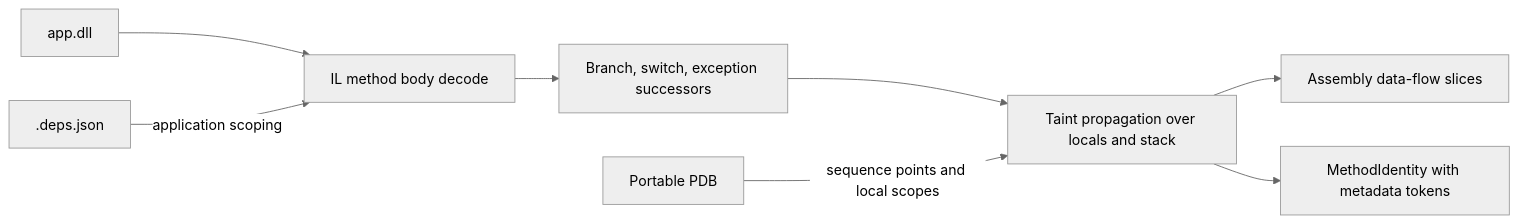
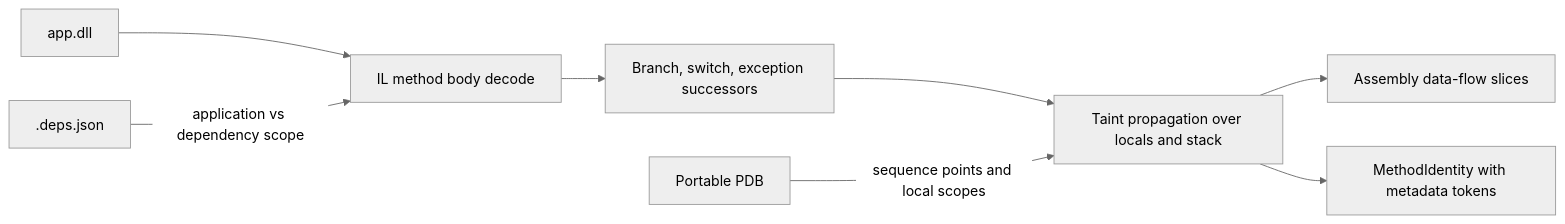
Before and after one commit to owasp-dep-scan/dosai: the second of 5 diagrams in docs/ARCHITECTURE.md, drawn with Mermaid (neutral theme). The commit also changed other lines of this file and 16 other files, not shown here.

````diff
--- a/docs/ARCHITECTURE.md
+++ b/docs/ARCHITECTURE.md
@@ -113,10 +113,10 @@
 ```mermaid
 flowchart LR
     Pkg["app.dll"] --> IL["IL method body decode"]
     IL --> Branch["Branch, switch, exception successors"]
     Branch --> Taint["Taint propagation over locals and stack"]
     PDB["Portable PDB"] -->|"sequence points and local scopes"| Taint
-    Deps[".deps.json"] -->|"application scoping"| IL
+    Deps[".deps.json"] -->|"application vs dependency scope"| IL
     Taint --> Slice["Assembly data-flow slices"]
     Taint --> Identity["MethodIdentity with metadata tokens"]
 ```
````
